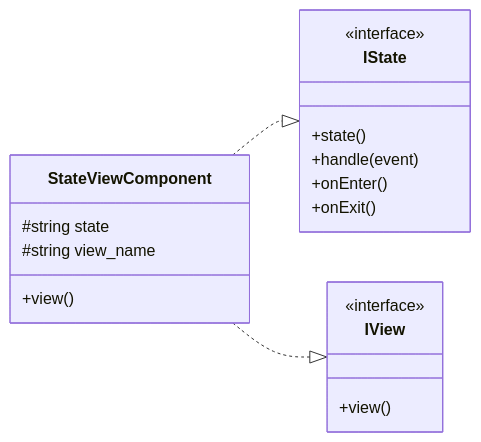
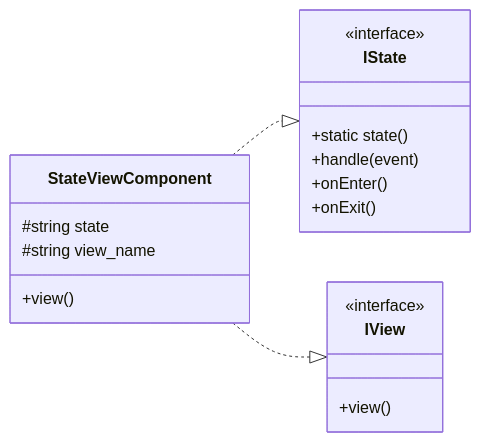
Before and after one commit to eormeno/base-project: the second of 4 diagrams in docs/class_diagrams.md, drawn with Mermaid. The commit also changed other lines of this file and 6 other files, not shown here.

````diff
--- a/docs/class_diagrams.md
+++ b/docs/class_diagrams.md
@@ -65,22 +68,22 @@
 ```mermaid
 classDiagram
     direction LR
     class IState {
         <<interface>>
-        +state()
+        +static state()
         +handle(event)
         +onEnter()
         +onExit()
     }
     class IView {
         <<interface>>
         +view()
     }
     class StateViewComponent {
         #string state
         #string view_name
         +view()
     }
     StateViewComponent ..|> IState
     StateViewComponent ..|> IView
 ```
````
